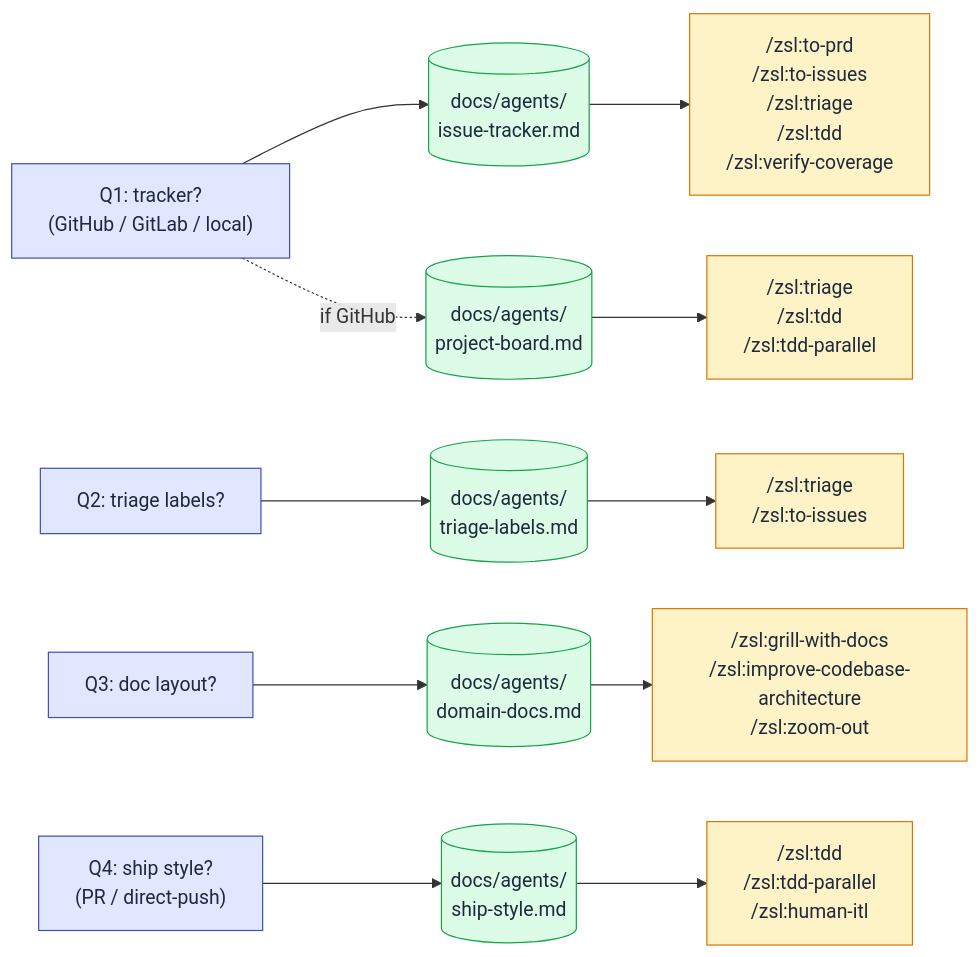
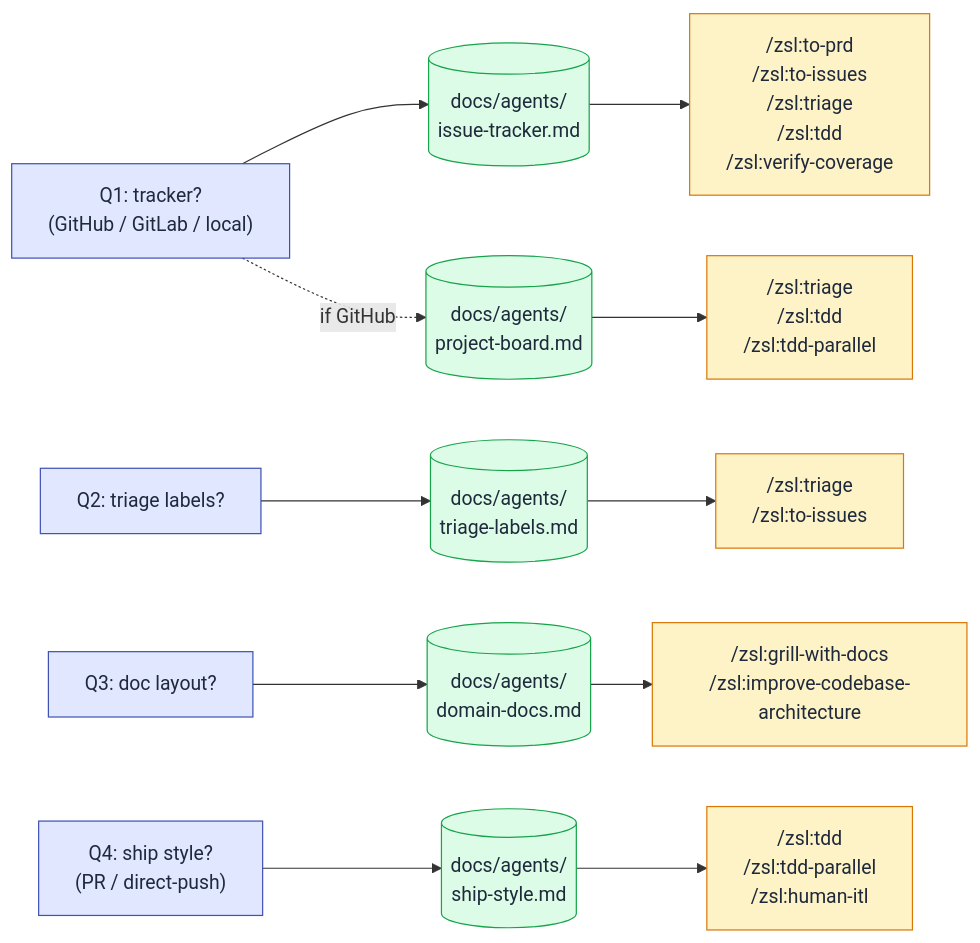
The diagram in docs/setup.md (ZunoSmartLabs/zsl-superpowers), drawn with Mermaid before and after one commit. The commit also changed other lines of this file and 14 other files, not shown here.

First line of the commit message:
chore(zoom-out): remove the zoom-out skill from every surface (#15)

````diff
--- a/docs/setup.md
+++ b/docs/setup.md
@@ -16,21 +16,21 @@
 ```mermaid
 flowchart LR
     q1["Q1: tracker?<br/>(GitHub / GitLab / local)"] --> tracker[("docs/agents/<br/>issue-tracker.md")]
     q2["Q2: triage labels?"] --> labels[("docs/agents/<br/>triage-labels.md")]
     q3["Q3: doc layout?"] --> domain[("docs/agents/<br/>domain-docs.md")]
     q4["Q4: ship style?<br/>(PR / direct-push)"] --> ship[("docs/agents/<br/>ship-style.md")]
     q1 -.->|"if GitHub"| board[("docs/agents/<br/>project-board.md")]
 
     tracker --> tracker_users["/zsl:to-prd<br/>/zsl:to-issues<br/>/zsl:triage<br/>/zsl:tdd<br/>/zsl:verify-coverage"]
     labels --> label_users["/zsl:triage<br/>/zsl:to-issues"]
-    domain --> domain_users["/zsl:grill-with-docs<br/>/zsl:improve-codebase-architecture<br/>/zsl:zoom-out"]
+    domain --> domain_users["/zsl:grill-with-docs<br/>/zsl:improve-codebase-architecture"]
     ship --> ship_users["/zsl:tdd<br/>/zsl:tdd-parallel<br/>/zsl:human-itl"]
     board --> board_users["/zsl:triage<br/>/zsl:tdd<br/>/zsl:tdd-parallel"]
 
     classDef input fill:#e0e7ff,stroke:#3f51b5,color:#1e293b;
     classDef output fill:#dcfce7,stroke:#16a34a,color:#1e293b;
     classDef consumer fill:#fef3c7,stroke:#d97706,color:#1e293b;
     class q1,q2,q3,q4 input;
     class tracker,labels,domain,ship,board output;
     class tracker_users,label_users,domain_users,ship_users,board_users consumer;
 ```
````
